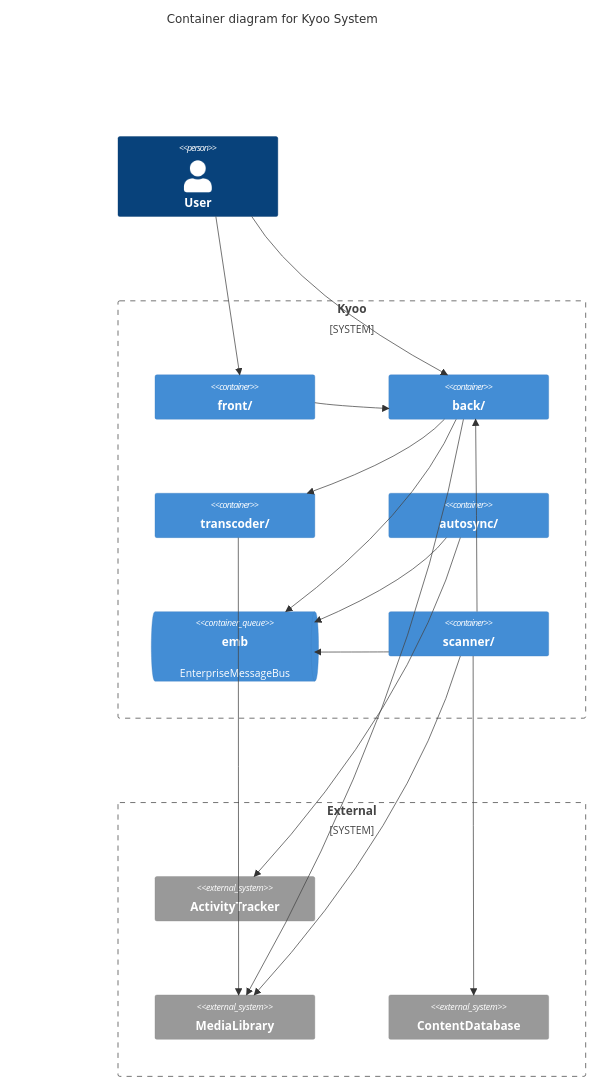
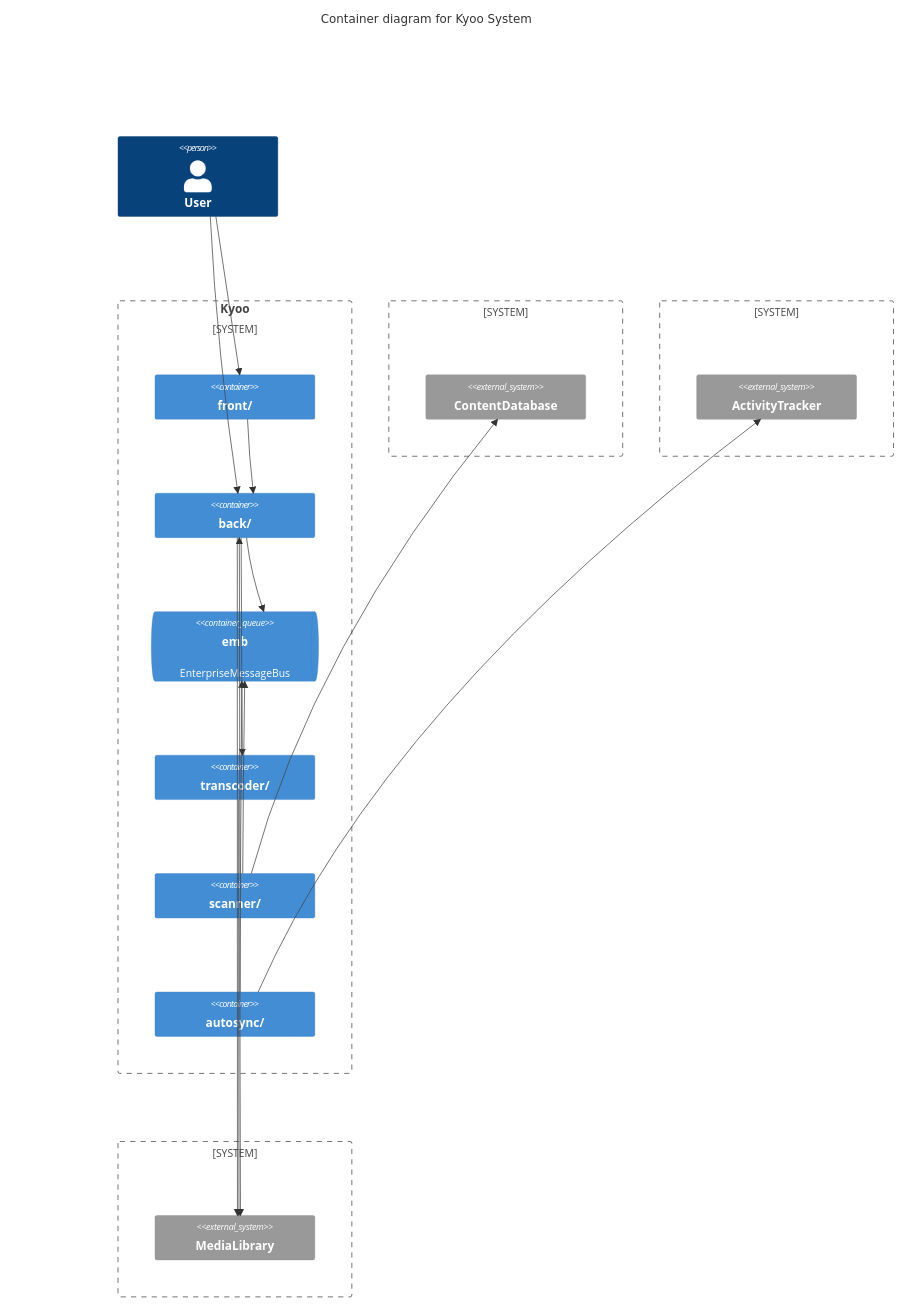
One commit to zoriya/Kyoo changed the third of 8 diagrams in DIAGRAMS.md. Above: the diagram before and after it, drawn with Mermaid.

Commit message:
change container layout

````diff
--- a/DIAGRAMS.md
+++ b/DIAGRAMS.md
@@ -92,35 +92,39 @@
 ```mermaid
 C4Container
-  UpdateLayoutConfig($c4ShapeInRow="3", $c4BoundaryInRow="1")
+  UpdateLayoutConfig($c4ShapeInRow="3", $c4BoundaryInRow="3")
 
   title Container diagram for Kyoo System
 
   Person(user, "User")
   System_Boundary(internal, "Kyoo") {
     Container(frontend, "front/")
     Container(backend, "back/")
+    ContainerQueue(emb, "emb", "", "EnterpriseMessageBus")
     Container(transcoder, "transcoder/")
+    Container(scanner, "scanner/")
     Container(autosync, "autosync/")
-    ContainerQueue(emb, "emb", "", "EnterpriseMessageBus")
-    Container(scanner, "scanner/")        
   }
-  System_Boundary(external, "External") {
+  System_Boundary(external, "") {
+    System_Ext(content, "ContentDatabase", "")
+  }
+  System_Boundary(external2, "") {
     System_Ext(tracker, "ActivityTracker", "")
+  }
+  System_Boundary(external3, "") {
     System_Ext(media, "MediaLibrary", "")
-    System_Ext(content, "ContentDatabase", "") 
   }
 
   Rel(user, frontend, "")
   Rel(user, backend, "")
   Rel(frontend, backend, "")
   Rel(backend, emb, "")
   Rel(backend, media, "")
   Rel(backend, transcoder, "")
   Rel(autosync, emb, "")
   Rel(autosync, tracker, "")
   Rel(scanner, emb, "")
   Rel(scanner, backend, "")
   Rel(scanner, media, "")
   Rel(scanner, content, "")
   Rel(transcoder, media, "")
 ```
````
